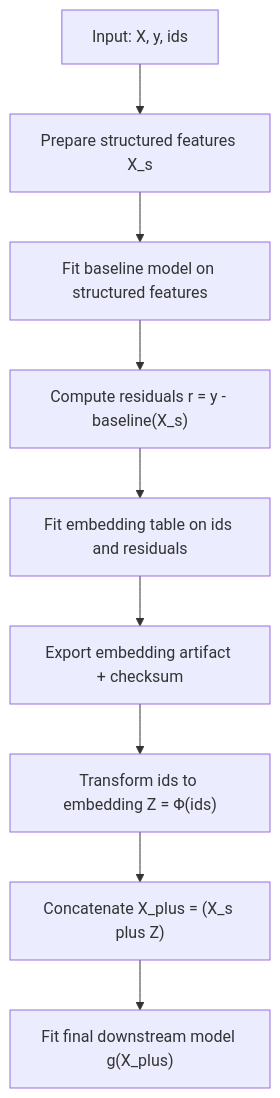
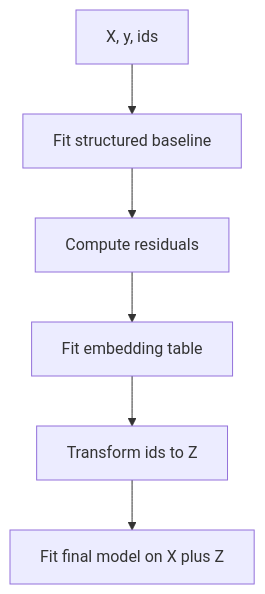
The second of 2 diagrams in docs/neural-features.md (albrmar/cartoboost), drawn with Mermaid before and after one commit. The commit also changed other lines of this file and 102 other files, not shown here.

````diff
--- a/docs/neural-features.md
+++ b/docs/neural-features.md
@@ -423,13 +122,8 @@
 ```mermaid
 flowchart TD
-    D0["Input: X, y, ids"]
-    D1["Prepare structured features X_s"]
-    D2["Fit baseline model on structured features"]
-    D3["Compute residuals r = y - baseline(X_s)"]
-    D4["Fit embedding table on ids and residuals"]
-    D5["Export embedding artifact + checksum"]
-    D6["Transform ids to embedding Z = Φ(ids)"]
-    D7["Concatenate X_plus = (X_s plus Z)"]
-    D8["Fit final downstream model g(X_plus)"]
-    D0 --> D1 --> D2 --> D3 --> D4 --> D5 --> D6 --> D7 --> D8
+    D0["X, y, ids"] --> D1["Fit structured baseline"]
+    D1 --> D2["Compute residuals"]
+    D2 --> D3["Fit embedding table"]
+    D3 --> D4["Transform ids to Z"]
+    D4 --> D5["Fit final model on X plus Z"]
 ```
````
